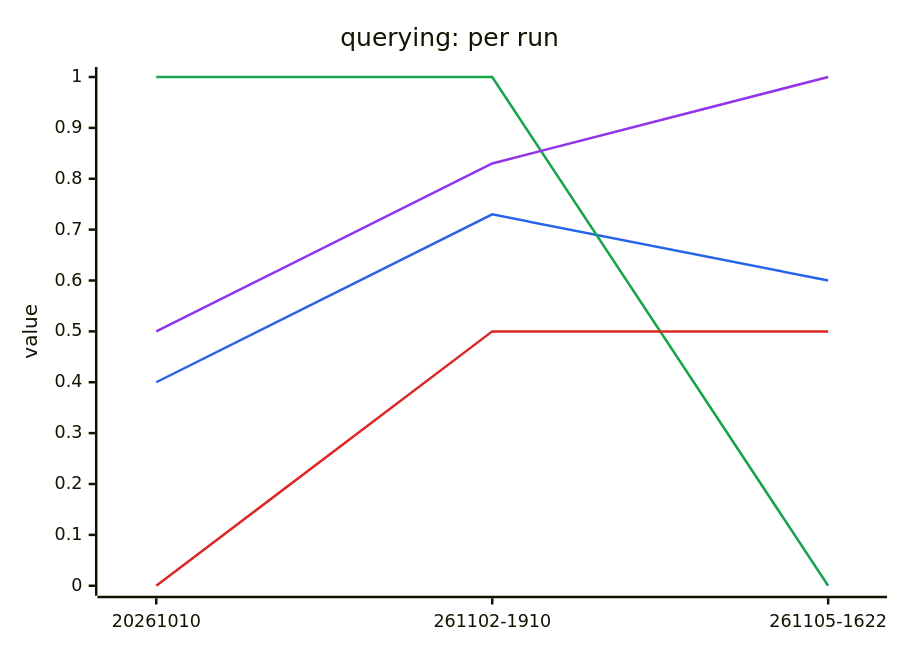
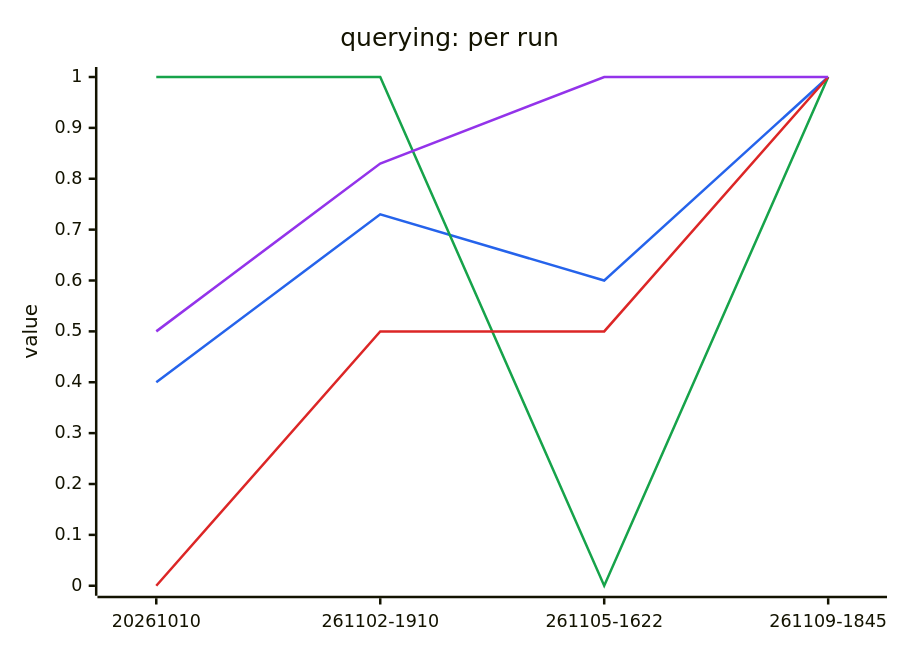
One commit to megagonlabs/blue-data-user-source changed the first of 2 diagrams in lib/tests/benchmarks/querying/results/README.md. Above: the diagram before and after it, drawn with Mermaid. The commit also changed other lines of this file and 5 other files, not shown here.

````diff
--- a/lib/tests/benchmarks/querying/results/README.md
+++ b/lib/tests/benchmarks/querying/results/README.md
@@ -31,11 +31,11 @@
 ```mermaid
 %%{init: {"themeVariables": {"xyChart": {"plotColorPalette": "#2563eb, #16a34a, #dc2626, #9333ea"}}}}%%
 xychart-beta
     title "querying: per run"
-    x-axis ["20261010", "261102-1910", "261105-1622"]
+    x-axis ["20261010", "261102-1910", "261105-1622", "261109-1845"]
     y-axis "value" 0 --> 1
-    line [0.40, 0.73, 0.60]
-    line [1.00, 1.00, 0.00]
-    line [0.00, 0.50, 0.50]
-    line [0.50, 0.83, 1.00]
+    line [0.40, 0.73, 0.60, 1.00]
+    line [1.00, 1.00, 0.00, 1.00]
+    line [0.00, 0.50, 0.50, 1.00]
+    line [0.50, 0.83, 1.00, 1.00]
 ```
````
